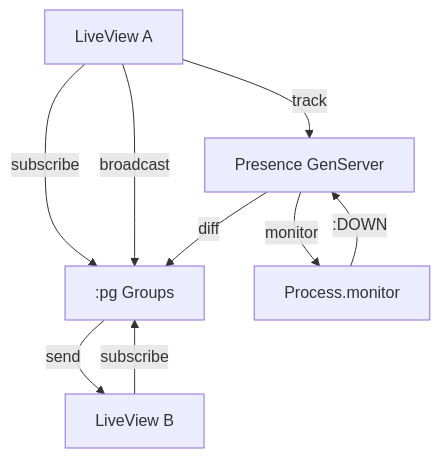
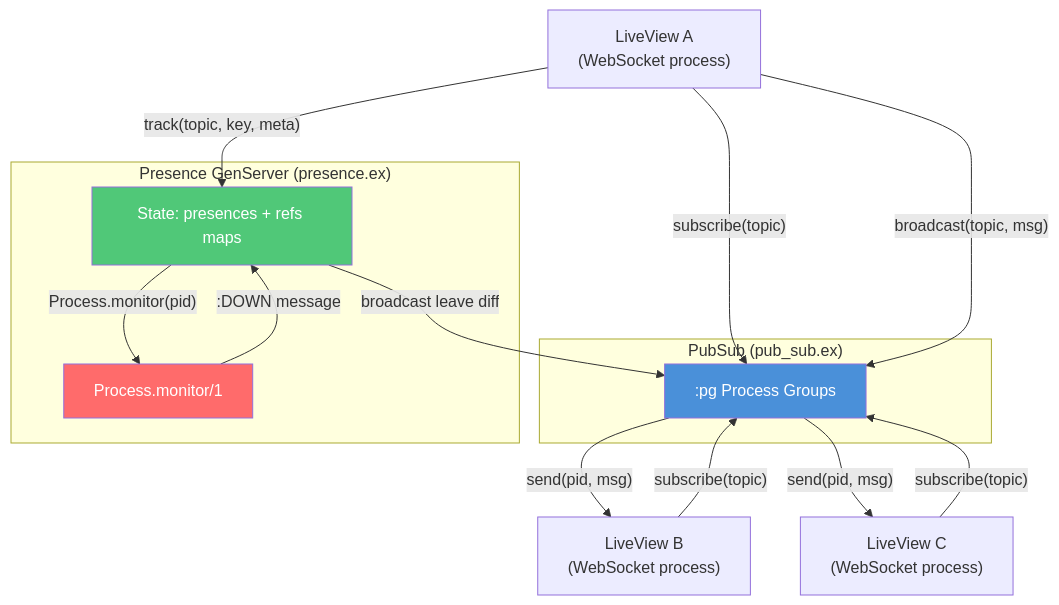
The diagram in course/modules/05-pubsub-presence.md (rajeshpillai/elixir-byowf), drawn with Mermaid before and after one commit. The commit also changed other lines of this file and 26 other files, not shown here.

````diff
--- a/course/modules/05-pubsub-presence.md
+++ b/course/modules/05-pubsub-presence.md
@@ -22,11 +24,28 @@
 ```mermaid
 graph TD
-    LV_A["LiveView A"] -->|subscribe| PG[":pg Groups"]
-    LV_B["LiveView B"] -->|subscribe| PG
-    LV_A -->|broadcast| PG
-    PG -->|send| LV_B
-    LV_A -->|track| Pres["Presence GenServer"]
-    Pres -->|monitor| Mon["Process.monitor"]
-    Mon -->|:DOWN| Pres
-    Pres -->|diff| PG
+    subgraph PubSub ["PubSub (pub_sub.ex)"]
+        PG[":pg Process Groups"]
+    end
+
+    subgraph Presence ["Presence GenServer (presence.ex)"]
+        State["State: presences + refs maps"]
+        Monitor["Process.monitor/1"]
+    end
+
+    LV_A["LiveView A<br/>(WebSocket process)"] -->|"subscribe(topic)"| PG
+    LV_B["LiveView B<br/>(WebSocket process)"] -->|"subscribe(topic)"| PG
+    LV_C["LiveView C<br/>(WebSocket process)"] -->|"subscribe(topic)"| PG
+
+    LV_A -->|"broadcast(topic, msg)"| PG
+    PG -->|"send(pid, msg)"| LV_B
+    PG -->|"send(pid, msg)"| LV_C
+
+    LV_A -->|"track(topic, key, meta)"| State
+    State -->|"Process.monitor(pid)"| Monitor
+    Monitor -->|":DOWN message"| State
+    State -->|"broadcast leave diff"| PG
+
+    style PG fill:#4A90D9,color:#fff
+    style State fill:#50C878,color:#fff
+    style Monitor fill:#FF6B6B,color:#fff
 ```
````
